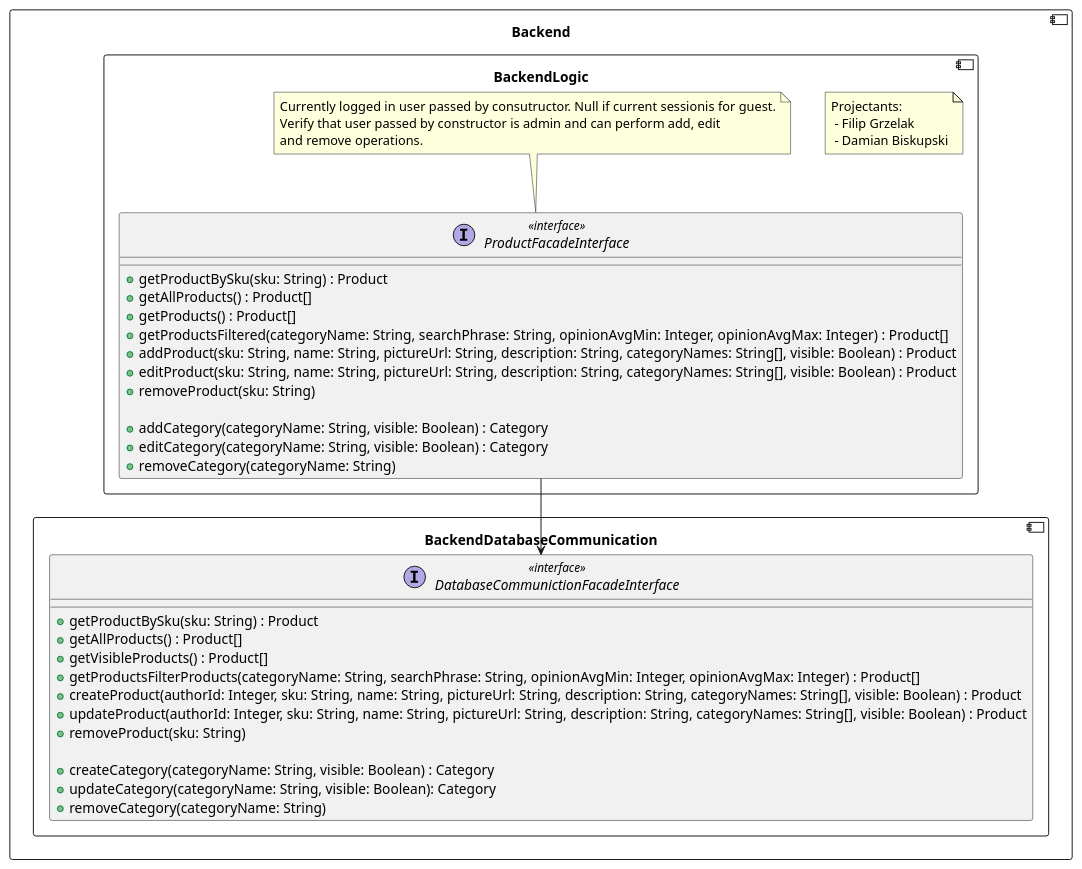
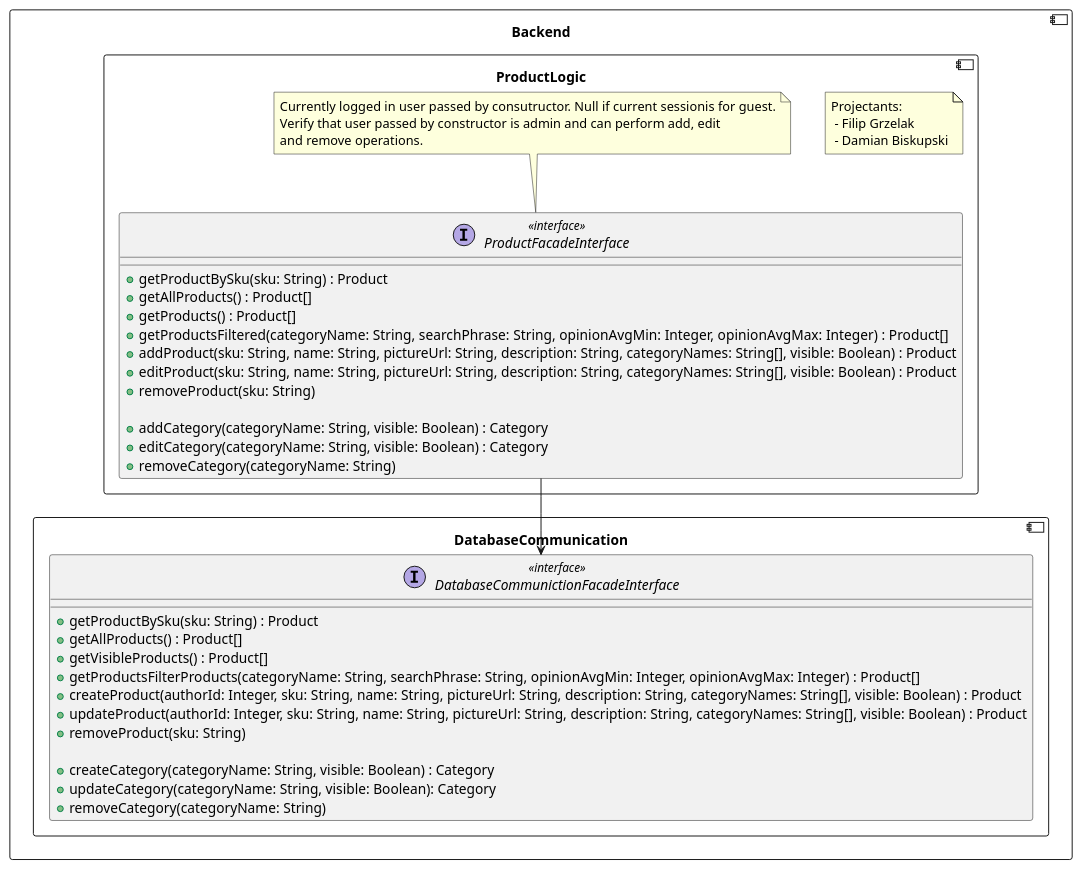
One commit to RadekBucki/OpinionCollectorArchitecture changed the third of 5 diagrams in backend/BackendLogic.md. Above: the diagram before and after it, drawn with PlantUML. The commit also changed other lines of this file and 8 other files, not shown here.

````diff
--- a/backend/BackendLogic.md
+++ b/backend/BackendLogic.md
@@ -82,50 +88,50 @@
 ```plantuml
 @startuml
 component Backend {
-    component BackendDatabaseCommunication {
+    component DatabaseCommunication {
         interface DatabaseCommunictionFacadeInterface <<interface>> {
             + getProductBySku(sku: String) : Product
             + getAllProducts() : Product[]
             + getVisibleProducts() : Product[]
             + getProductsFilterProducts(categoryName: String, searchPhrase: String, opinionAvgMin: Integer, opinionAvgMax: Integer) : Product[]
             + createProduct(authorId: Integer, sku: String, name: String, pictureUrl: String, description: String, categoryNames: String[], visible: Boolean) : Product
             + updateProduct(authorId: Integer, sku: String, name: String, pictureUrl: String, description: String, categoryNames: String[], visible: Boolean) : Product
             + removeProduct(sku: String)
 
             + createCategory(categoryName: String, visible: Boolean) : Category
             + updateCategory(categoryName: String, visible: Boolean): Category
             + removeCategory(categoryName: String)
         }
     }
     
-    component BackendLogic {
+    component ProductLogic {
         note as Authors
             Projectants: 
              - Filip Grzelak
              - Damian Biskupski
         endnote
         
         ProductFacadeInterface  --> DatabaseCommunictionFacadeInterface
         interface ProductFacadeInterface <<interface>> {
             + getProductBySku(sku: String) : Product
             + getAllProducts() : Product[]
             + getProducts() : Product[]
             + getProductsFiltered(categoryName: String, searchPhrase: String, opinionAvgMin: Integer, opinionAvgMax: Integer) : Product[]
             + addProduct(sku: String, name: String, pictureUrl: String, description: String, categoryNames: String[], visible: Boolean) : Product
             + editProduct(sku: String, name: String, pictureUrl: String, description: String, categoryNames: String[], visible: Boolean) : Product
             + removeProduct(sku: String)
             
             + addCategory(categoryName: String, visible: Boolean) : Category
             + editCategory(categoryName: String, visible: Boolean) : Category
             + removeCategory(categoryName: String)
         }
     
         note top of ProductFacadeInterface
             Currently logged in user passed by consutructor. Null if current sessionis for guest.
             Verify that user passed by constructor is admin and can perform add, edit
             and remove operations.
         endnote
     }
 }
 @enduml 
 ```
````
